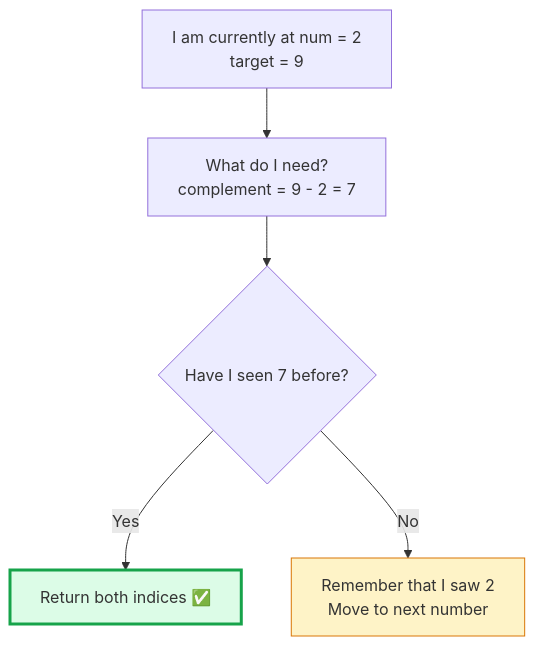
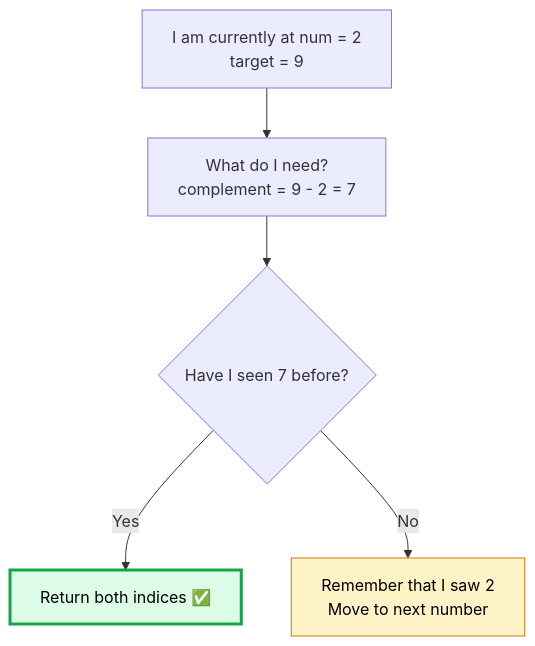
One commit to M-F-Tushar/LeetCode-Problem-Solving changed the third of 12 diagrams in 01 - Two Sum/README.md. Above: the diagram before and after it, drawn with Mermaid. The commit also changed other lines of this file, not shown here.

````diff
--- a/01 - Two Sum/README.md
+++ b/01 - Two Sum/README.md
@@ -87,10 +86,10 @@
 ```mermaid
 flowchart TD
     A["I am currently at num = 2\ntarget = 9"] --> B["What do I need?\ncomplement = 9 - 2 = 7"]
     B --> C{"Have I seen 7 before?"}
     C -- Yes --> D["Return both indices ✅"]
     C -- No  --> E["Remember that I saw 2\nMove to next number"]
 
-    style D fill:#dcfce7,stroke:#16a34a,stroke-width:3px
-    style E fill:#fef3c7,stroke:#d97706
+    style D fill:#dcfce7,stroke:#16a34a,stroke-width:3px,color:#000000
+    style E fill:#fef3c7,stroke:#d97706,color:#000000
 ```
````
